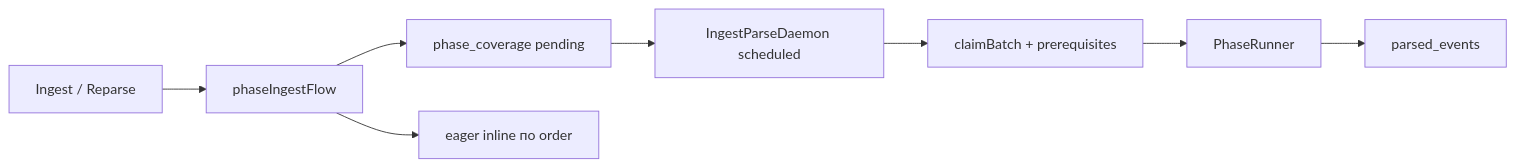
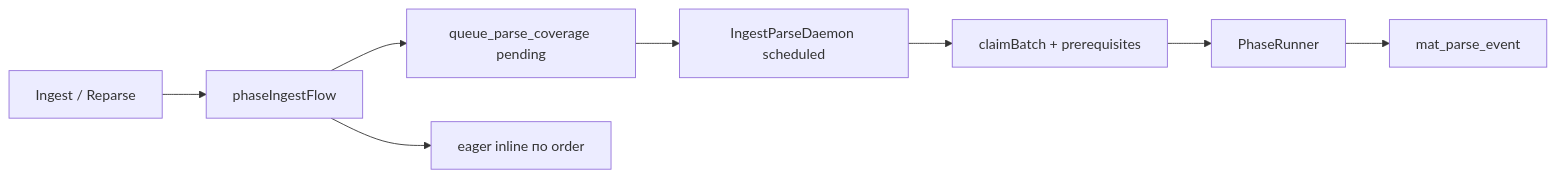
One commit to exclusiveLogin/radar changed the diagram in docs/phase-pipeline.md. Above: the diagram before and after it, drawn with Mermaid. The commit also changed other lines of this file and 312 other files, not shown here.

````diff
--- a/docs/phase-pipeline.md
+++ b/docs/phase-pipeline.md
@@ -18,10 +18,10 @@
 ```mermaid
 flowchart LR
   ingest[Ingest / Reparse] --> flow[phaseIngestFlow]
-  flow --> cov[phase_coverage pending]
+  flow --> cov[queue_parse_coverage pending]
   flow --> eager[eager inline по order]
   cov --> daemon[IngestParseDaemon scheduled]
   daemon --> claim[claimBatch + prerequisites]
   claim --> runner[PhaseRunner]
-  runner --> pe[parsed_events]
+  runner --> pe[mat_parse_event]
 ```
````
